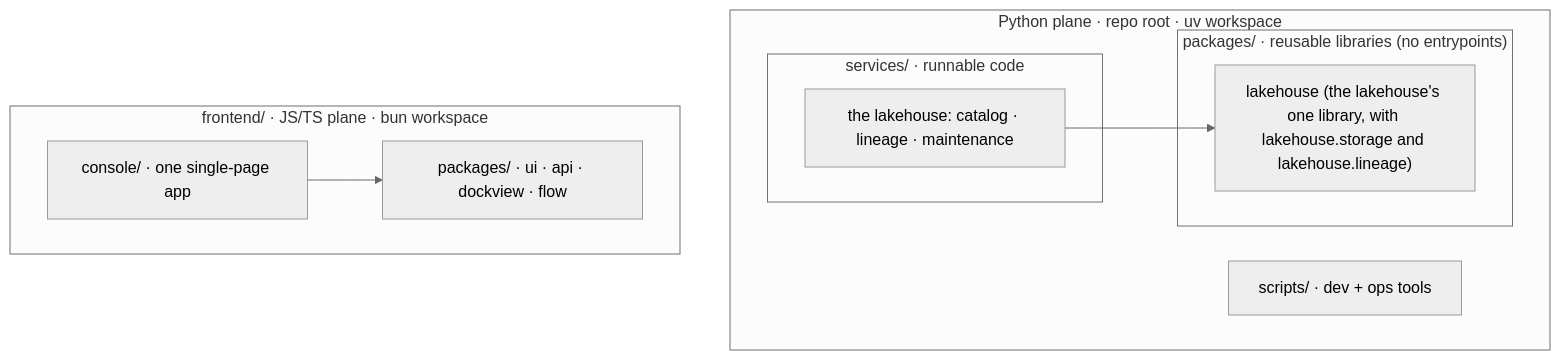
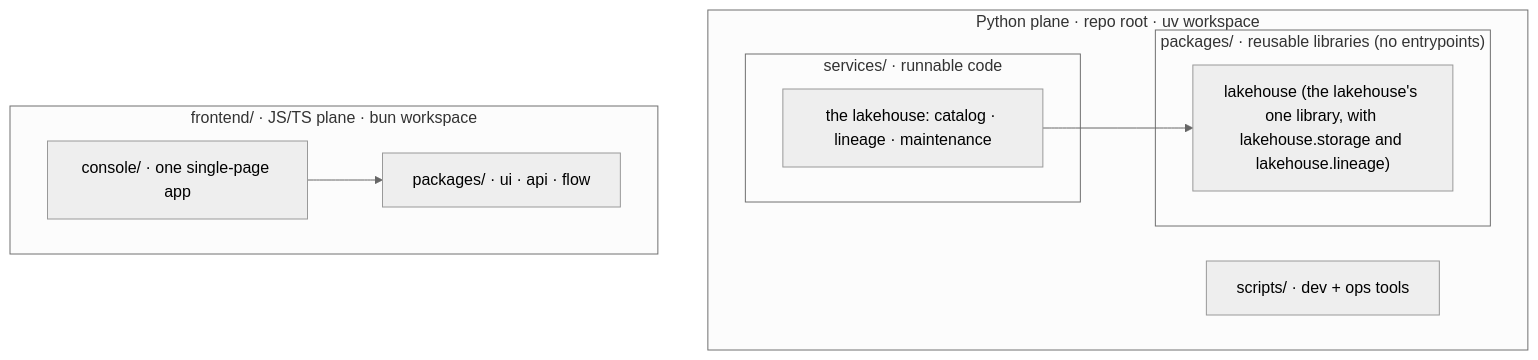
Before and after one commit to AI-Riksarkivet/rask: the diagram in docs/architecture/layout.md, drawn with Mermaid (neutral theme). The commit also changed other lines of this file and 70 other files, not shown here.

````diff
--- a/docs/architecture/layout.md
+++ b/docs/architecture/layout.md
@@ -12,18 +12,18 @@
 ```mermaid
 flowchart TD
     subgraph py["Python plane · repo root · uv workspace"]
         subgraph services["services/ · runnable code"]
             lake["the lakehouse: catalog · lineage · maintenance"]
         end
         subgraph packages["packages/ · reusable libraries (no entrypoints)"]
             plh["lakehouse (the lakehouse's one library, with lakehouse.storage and lakehouse.lineage)"]
         end
         cx["scripts/ · dev + ops tools"]
     end
     subgraph js["frontend/ · JS/TS plane · bun workspace"]
         app["console/ · one single-page app"]
-        fpk["packages/ · ui · api · dockview · flow"]
+        fpk["packages/ · ui · api · flow"]
     end
     lake --> plh
     app --> fpk
 ```
````
